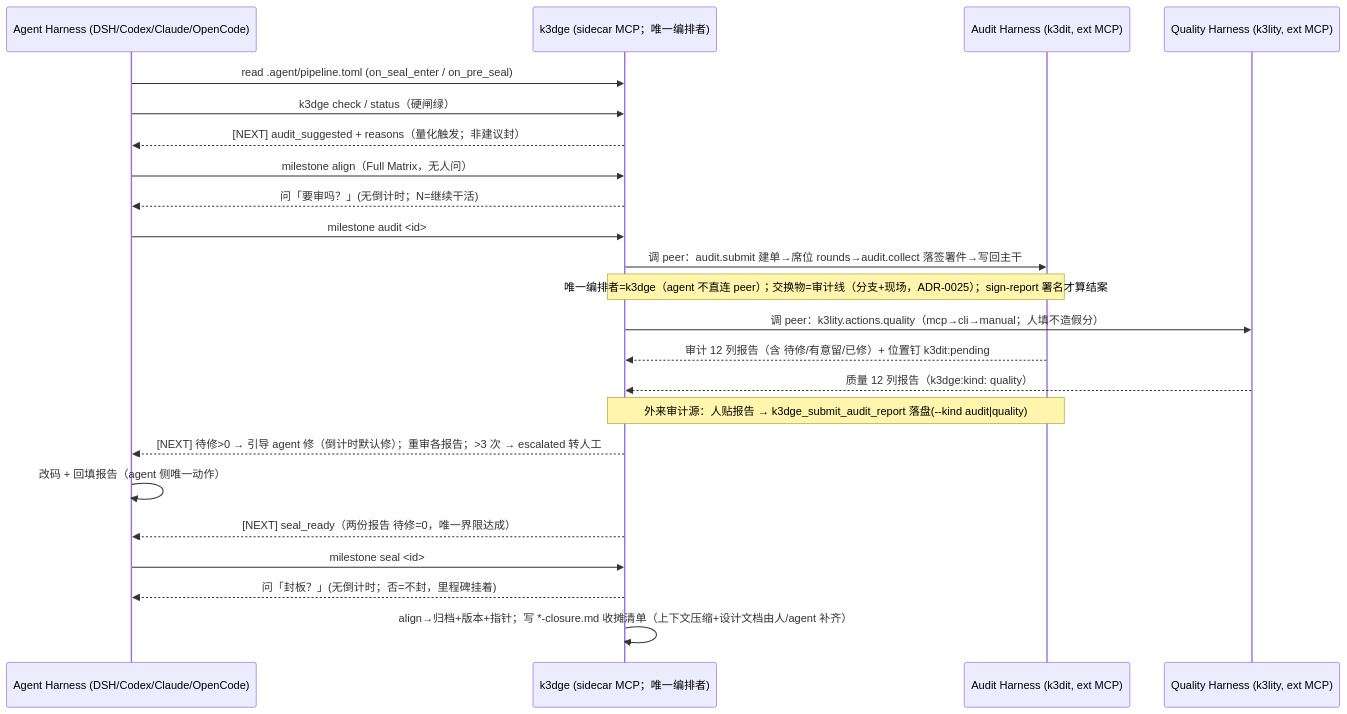
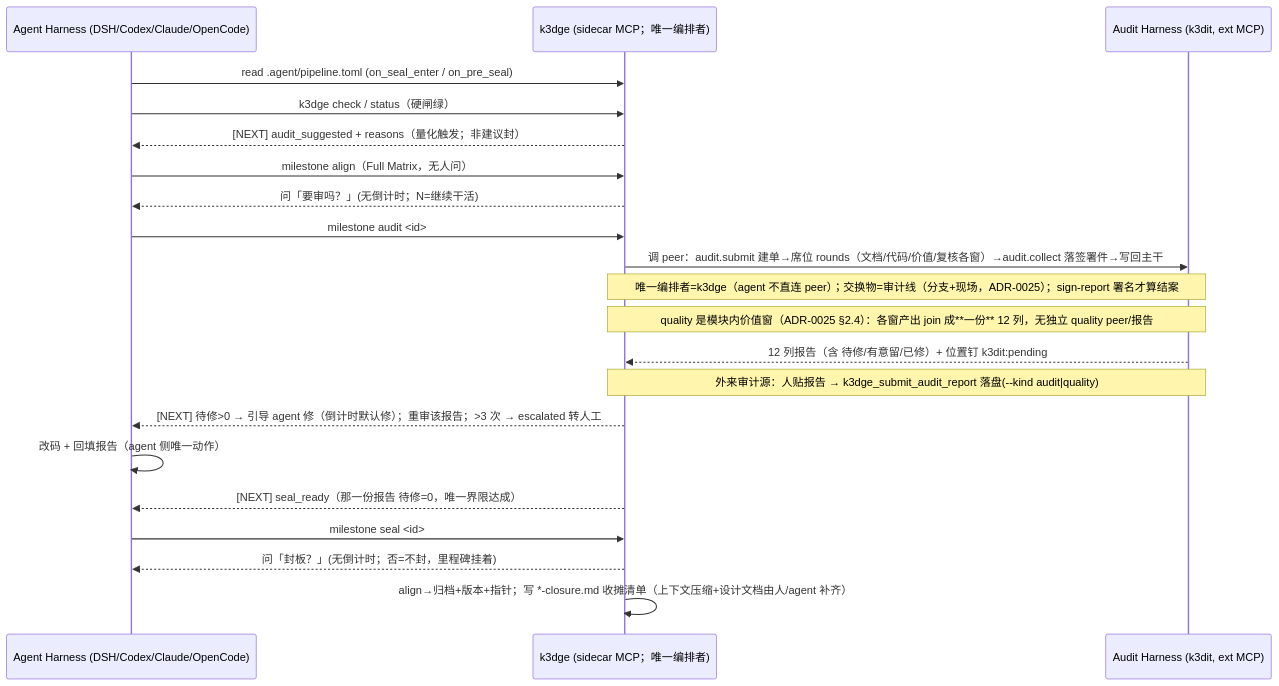
One commit to jamieplus/k3dge changed the sixth of 6 diagrams in docs/architecture/overview.md. Above: the diagram before and after it, drawn with Mermaid. The commit also changed other lines of this file and 13 other files, not shown here.

````diff
--- a/docs/architecture/overview.md
+++ b/docs/architecture/overview.md
@@ -116,25 +112,23 @@
 ```mermaid
 sequenceDiagram
     participant Agent as Agent Harness (DSH/Codex/Claude/OpenCode)
     participant K3 as k3dge (sidecar MCP；唯一编排者)
     participant Audit as Audit Harness (k3dit, ext MCP)
-    participant Quality as Quality Harness (k3lity, ext MCP)
     Agent->>K3: read .agent/pipeline.toml (on_seal_enter / on_pre_seal)
     Agent->>K3: k3dge check / status（硬闸绿）
     K3-->>Agent: [NEXT] audit_suggested + reasons（量化触发；非建议封）
     Agent->>K3: milestone align（Full Matrix，无人问）
     K3-->>Agent: 问「要审吗？」(无倒计时；N=继续干活)
     Agent->>K3: milestone audit <id>
-    K3->>Audit: 调 peer：audit.submit 建单→席位 rounds→audit.collect 落签署件→写回主干
+    K3->>Audit: 调 peer：audit.submit 建单→席位 rounds（文档/代码/价值/复核各窗）→audit.collect 落签署件→写回主干
     Note over K3,Audit: 唯一编排者=k3dge（agent 不直连 peer）；交换物=审计线（分支+现场，ADR-0025）；sign-report 署名才算结案
-    K3->>Quality: 调 peer：k3lity.actions.quality（mcp→cli→manual；人填不造假分）
-    Audit-->>K3: 审计 12 列报告（含 待修/有意留/已修）+ 位置钉 k3dit:pending
-    Quality-->>K3: 质量 12 列报告（k3dge:kind: quality）
+    Note over K3,Audit: quality 是模块内价值窗（ADR-0025 §2.4）：各窗产出 join 成**一份** 12 列，无独立 quality peer/报告
+    Audit-->>K3: 12 列报告（含 待修/有意留/已修）+ 位置钉 k3dit:pending
     Note over K3,Audit: 外来审计源：人贴报告 → k3dge_submit_audit_report 落盘(--kind audit|quality)
-    K3-->>Agent: [NEXT] 待修>0 → 引导 agent 修（倒计时默认修）；重审各报告；>3 次 → escalated 转人工
+    K3-->>Agent: [NEXT] 待修>0 → 引导 agent 修（倒计时默认修）；重审该报告；>3 次 → escalated 转人工
     Agent->>Agent: 改码 + 回填报告（agent 侧唯一动作）
-    K3-->>Agent: [NEXT] seal_ready（两份报告 待修=0，唯一界限达成）
+    K3-->>Agent: [NEXT] seal_ready（那一份报告 待修=0，唯一界限达成）
     Agent->>K3: milestone seal <id>
     K3-->>Agent: 问「封板？」(无倒计时；否=不封，里程碑挂着)
     K3->>K3: align→归档+版本+指针；写 *-closure.md 收摊清单（上下文压缩+设计文档由人/agent 补齐）
 ```
````
